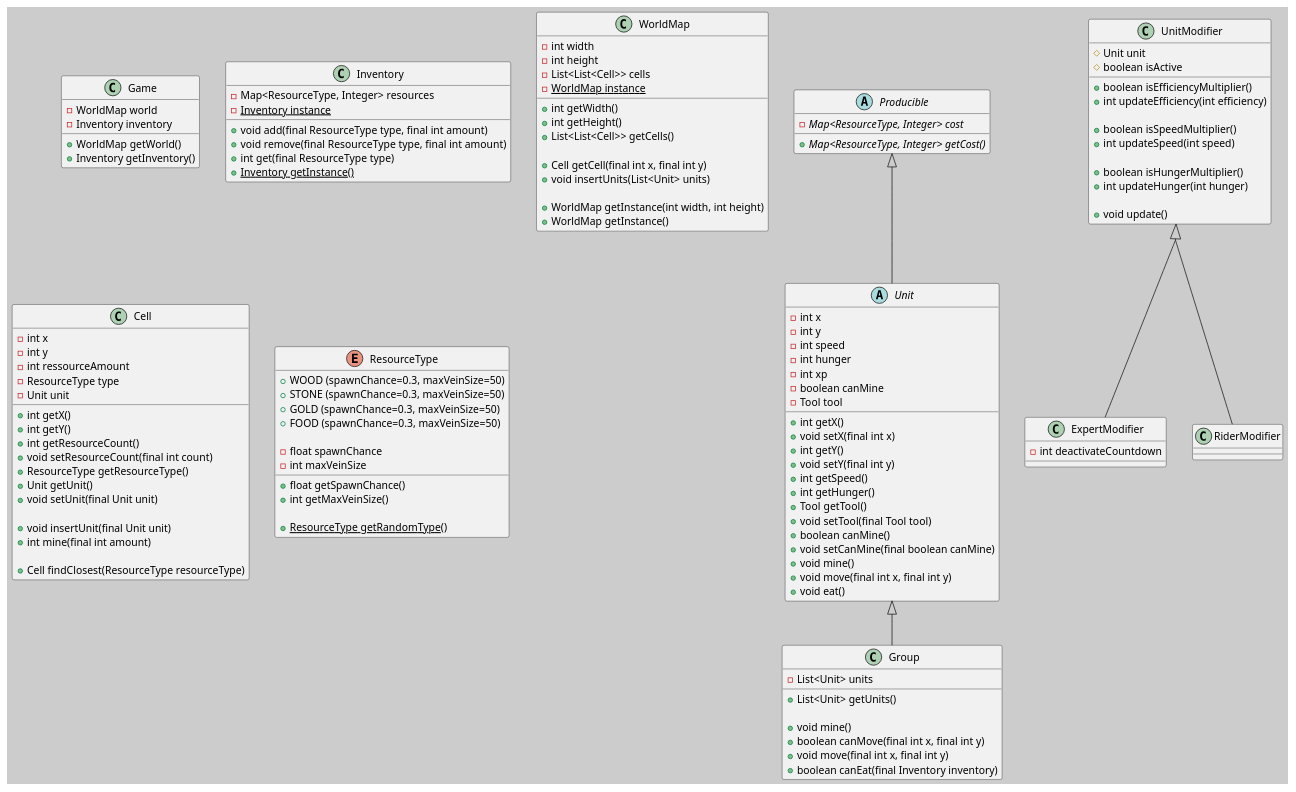
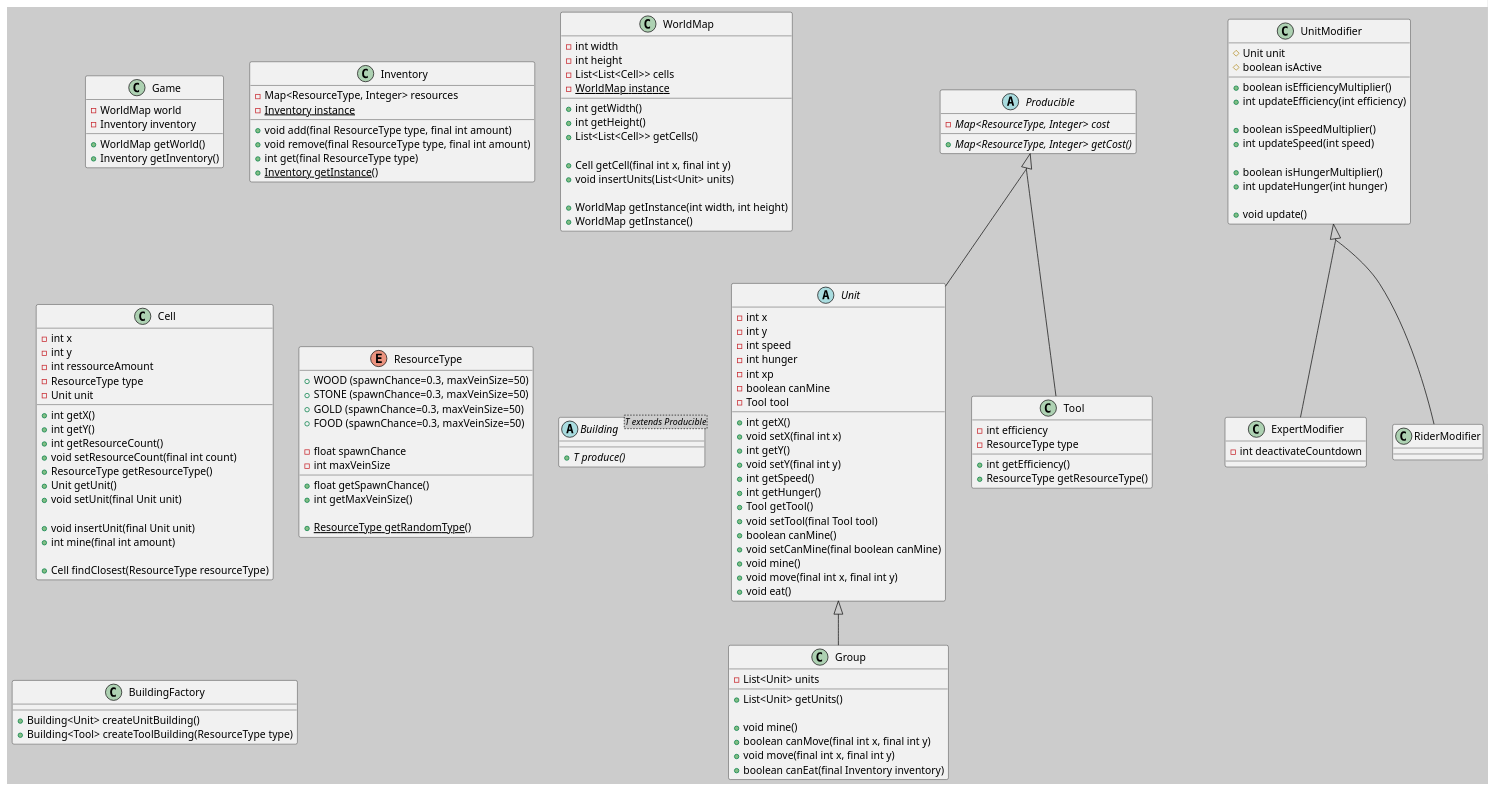
Before and after one commit to 17maiga/strategy_game_dp: the diagram in doc/class.puml, drawn with PlantUML.

Commit message:
Tool, Building

```diff
--- a/doc/class.puml
+++ b/doc/class.puml
@@ -1,141 +1,158 @@
 @startuml
 skinparam groupInheritance 2
 skinparam backgroundColor #CCCCCC
 
 class Game {
   -WorldMap world
   -Inventory inventory
 
   +WorldMap getWorld()
   +Inventory getInventory()
 }
 
 class Inventory {
   -Map<ResourceType, Integer> resources
   {static} -Inventory instance
 
   +void add(final ResourceType type, final int amount)
   +void remove(final ResourceType type, final int amount)
   +int get(final ResourceType type)
   {static} +Inventory getInstance()
 }
 
 class WorldMap {
   -int width
   -int height
   -List<List<Cell>> cells
   {static} -WorldMap instance
 
 
   +int getWidth()
   +int getHeight()
   +List<List<Cell>> getCells()
 
   +Cell getCell(final int x, final int y)
   +void insertUnits(List<Unit> units)
 
   +WorldMap getInstance(int width, int height)
   +WorldMap getInstance()
 }
 
 class Cell {
   -int x
   -int y
   -int ressourceAmount
   -ResourceType type
   -Unit unit
 
   +int getX()
   +int getY()
   +int getResourceCount()
   +void setResourceCount(final int count)
   +ResourceType getResourceType()
   +Unit getUnit()
   +void setUnit(final Unit unit)
 
   +void insertUnit(final Unit unit)
   +int mine(final int amount)
 
   +Cell findClosest(ResourceType resourceType)
 }
 
 enum ResourceType {
   {field} +WOOD (spawnChance=0.3, maxVeinSize=50)
   {field} +STONE (spawnChance=0.3, maxVeinSize=50)
   {field} +GOLD (spawnChance=0.3, maxVeinSize=50)
   {field} +FOOD (spawnChance=0.3, maxVeinSize=50)
 
   -float spawnChance
   -int maxVeinSize
 
   +float getSpawnChance()
   +int getMaxVeinSize()
 
   {static} +ResourceType getRandomType()
 }
 
 abstract class Producible {
   {abstract} -Map<ResourceType, Integer> cost
 
   {abstract} +Map<ResourceType, Integer> getCost()
 }
 
 abstract class Unit extends Producible {
   -int x
   -int y
   -int speed
   -int hunger
   -int xp
   -boolean canMine
   -Tool tool
 
   +int getX()
   +void setX(final int x)
   +int getY()
   +void setY(final int y)
   +int getSpeed()
   +int getHunger()
   +Tool getTool()
   +void setTool(final Tool tool)
   +boolean canMine()
   +void setCanMine(final boolean canMine)
   +void mine()
   +void move(final int x, final int y)
   +void eat()
 }
 
 class Group extends Unit {
   -List<Unit> units
 
   +List<Unit> getUnits()
 
   +void mine()
   +boolean canMove(final int x, final int y)
   +void move(final int x, final int y)
   +boolean canEat(final Inventory inventory)
 }
 
 class UnitModifier {
   #Unit unit
   #boolean isActive
 
   +boolean isEfficiencyMultiplier()
   +int updateEfficiency(int efficiency)
 
   +boolean isSpeedMultiplier()
   +int updateSpeed(int speed)
 
   +boolean isHungerMultiplier()
   +int updateHunger(int hunger)
 
   +void update()
 }
 
 class ExpertModifier extends UnitModifier {
   -int deactivateCountdown
 }
 
 class RiderModifier extends UnitModifier {
 }
 
+class Tool extends Producible {
+  -int efficiency
+  -ResourceType type
+
+  +int getEfficiency()
+  +ResourceType getResourceType()
+}
+
+abstract class Building<T extends Producible> {
+  {abstract} +T produce()
+}
+
+class BuildingFactory {
+  +Building<Unit> createUnitBuilding()
+  +Building<Tool> createToolBuilding(ResourceType type)
+}
+
 @enduml
```
